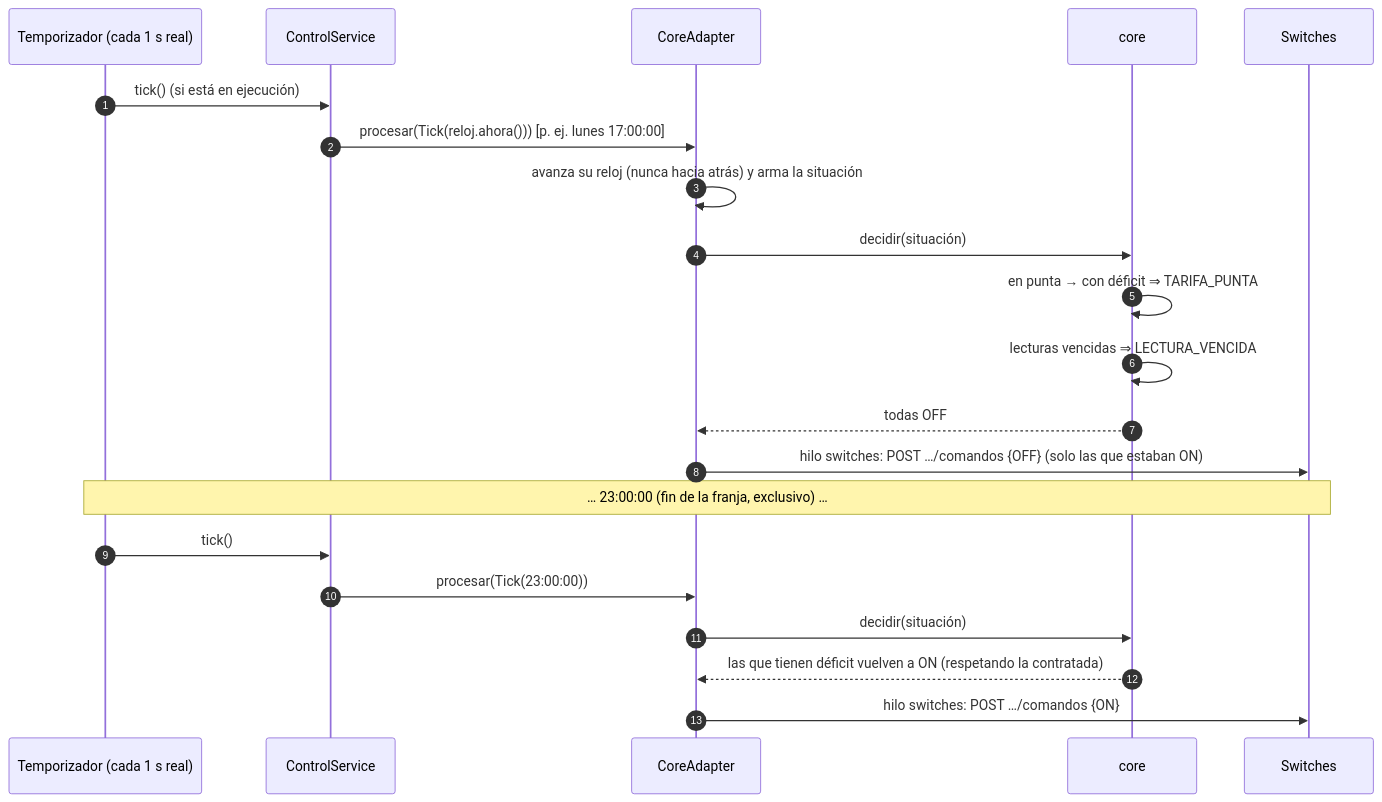
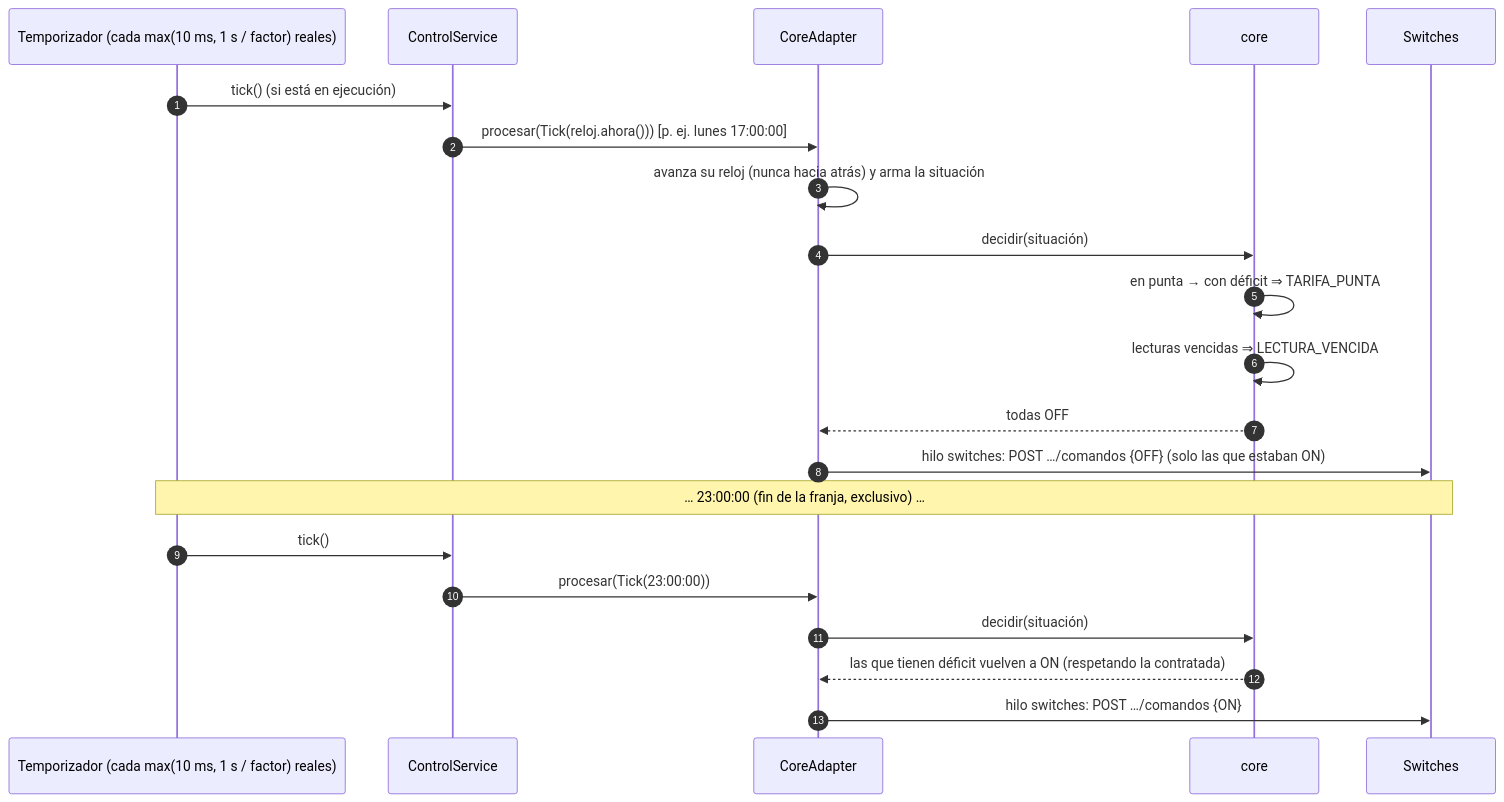
Before and after one commit to BrayanBCode/iiss-2026-grupo-4: the sixth of 9 diagrams in docs/arquitectura/4mas1.md, drawn with Mermaid. The commit also changed other lines of this file and 4 other files, not shown here.

````diff
--- a/docs/arquitectura/4mas1.md
+++ b/docs/arquitectura/4mas1.md
@@ -491,24 +491,24 @@
 ```mermaid
 sequenceDiagram
     autonumber
-    participant Tm as Temporizador (cada 1 s real)
+    participant Tm as Temporizador (cada max(10 ms, 1 s / factor) reales)
     participant Ctl as ControlService
     participant Ad as CoreAdapter
     participant Core as core
     participant Sw as Switches
 
     Tm->>Ctl: tick() (si está en ejecución)
     Ctl->>Ad: procesar(Tick(reloj.ahora()))  [p. ej. lunes 17:00:00]
     Ad->>Ad: avanza su reloj (nunca hacia atrás) y arma la situación
     Ad->>Core: decidir(situación)
     Core->>Core: en punta → con déficit ⇒ TARIFA_PUNTA
     Core->>Core: lecturas vencidas ⇒ LECTURA_VENCIDA
     Core-->>Ad: todas OFF
     Ad->>Sw: hilo switches: POST …/comandos {OFF} (solo las que estaban ON)
     Note over Tm,Sw: … 23:00:00 (fin de la franja, exclusivo) …
     Tm->>Ctl: tick()
     Ctl->>Ad: procesar(Tick(23:00:00))
     Ad->>Core: decidir(situación)
     Core-->>Ad: las que tienen déficit vuelven a ON (respetando la contratada)
     Ad->>Sw: hilo switches: POST …/comandos {ON}
 ```
````
